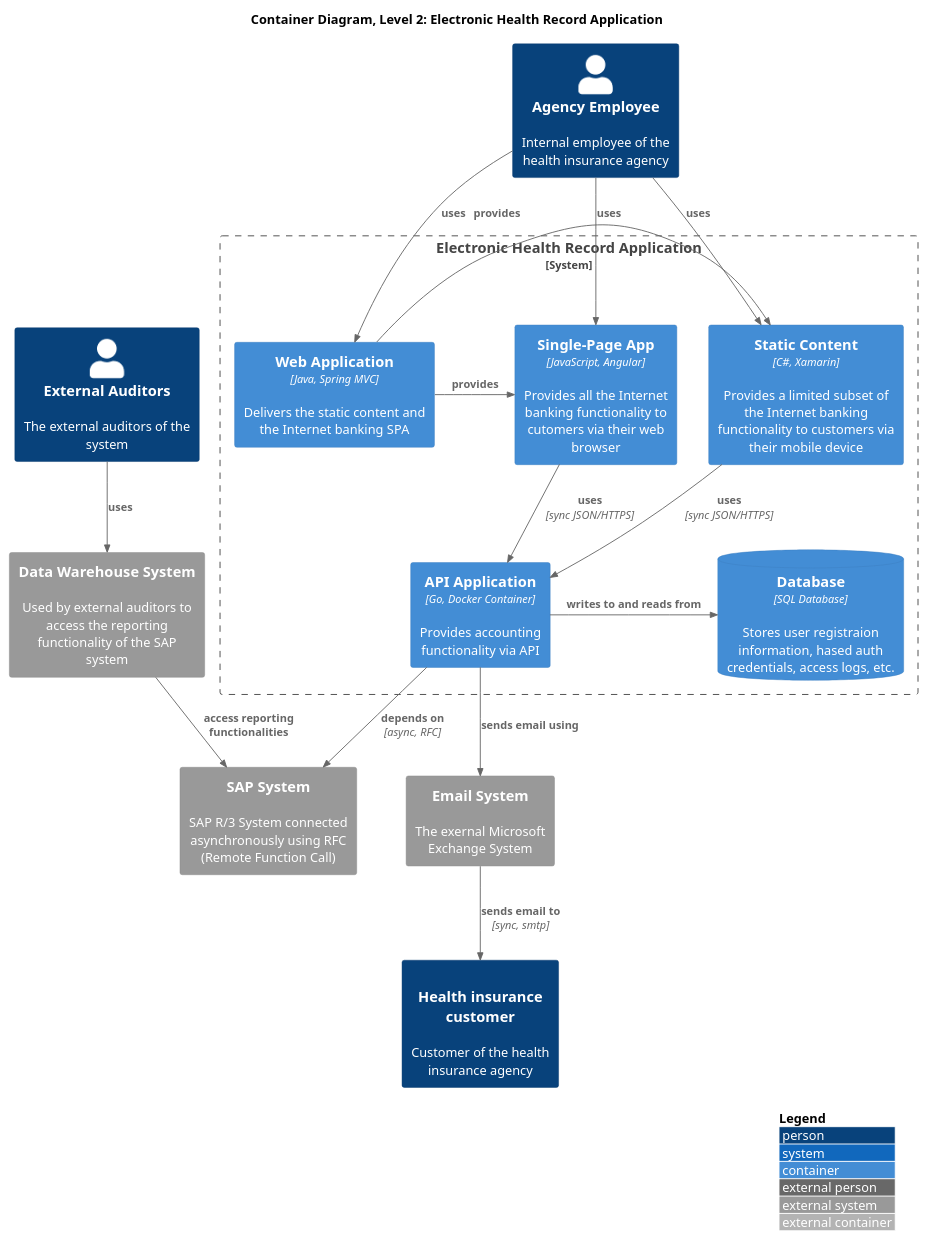
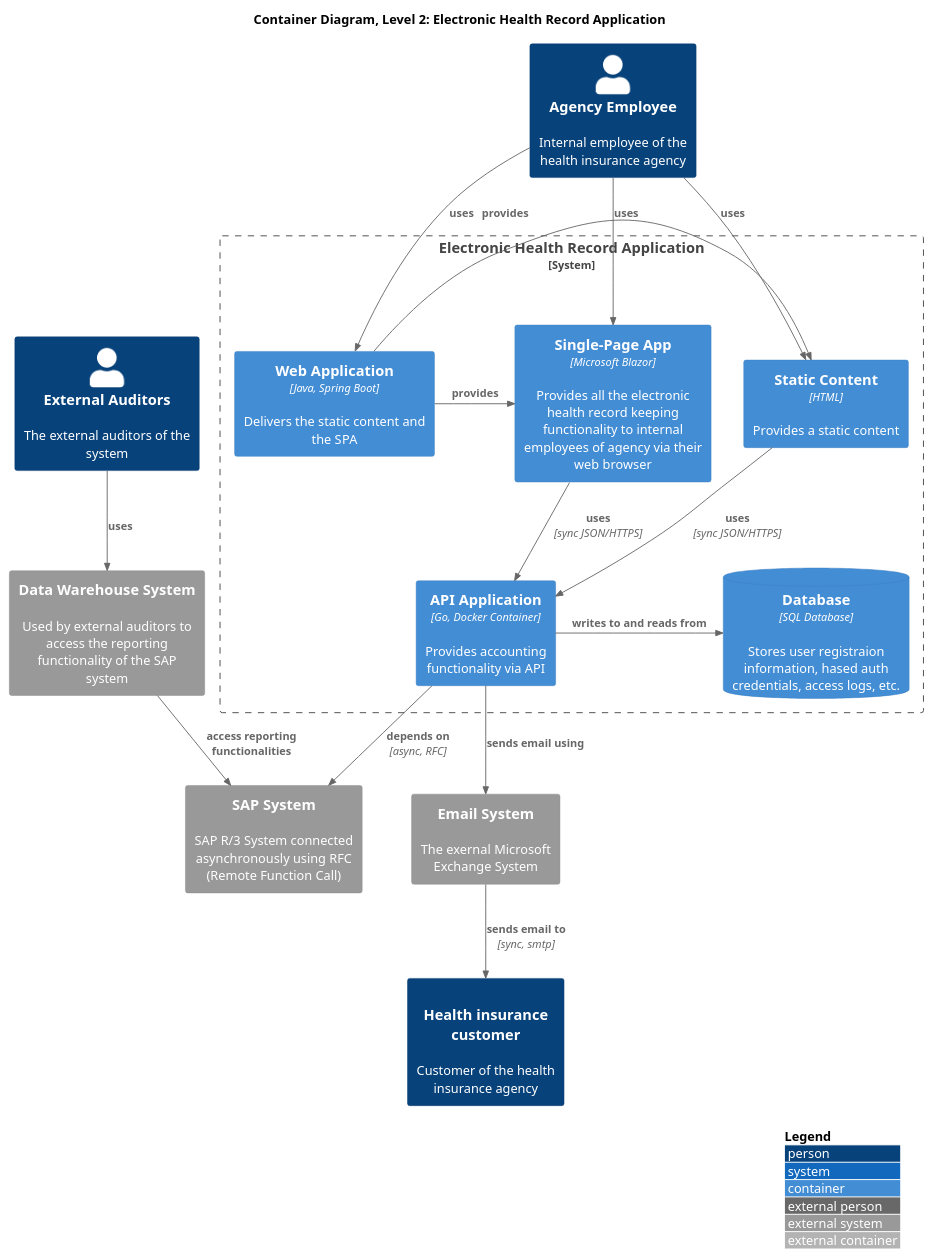
The diagram in level-2_container.puml (patricpoba/msem-sw.arch-c4-model-assignment), drawn with PlantUML before and after one commit. The commit also changed 1 other file, not shown here.

Commit message:
make changes to level 2 diagram

```diff
--- a/level-2_container.puml
+++ b/level-2_container.puml
@@ -1,47 +1,47 @@
 @startuml 
 !include https://raw.githubusercontent.com/plantuml-stdlib/C4-PlantUML/master/C4_Container.puml
 
 LAYOUT_WITH_LEGEND()
 
 title Container Diagram, Level 2: Electronic Health Record Application
 
 Person(employee, "Agency Employee", "Internal employee of the health insurance agency")
 Person(customer, "Health insurance customer", "Customer of the health insurance agency", "user")
 Person(auditor, "External Auditors", "The external auditors of the system")
 
 System_Boundary(c1, "Electronic Health Record Application") { 
      
-    Container(webApp, "Web Application", "Java, Spring MVC", "Delivers the static content and the Internet banking SPA")
-    Container(spa, "Single-Page App", "JavaScript, Angular", "Provides all the Internet banking functionality to cutomers via their web browser")
-    Container(staticContent, "Static Content", "C#, Xamarin", "Provides a limited subset of the Internet banking functionality to customers via their mobile device")
+    Container(webApp, "Web Application", "Java, Spring Boot", "Delivers the static content and the SPA")
+    Container(spa, "Single-Page App", "Microsoft Blazor", "Provides all the electronic health record keeping functionality to internal employees of agency via their web browser")
+    Container(staticContent, "Static Content", "HTML", "Provides a static content")
     ContainerDb(database, "Database", "SQL Database", "Stores user registraion information, hased auth credentials, access logs, etc.")
-    Container(backend_api, "API Application", "Go, Docker Container", "Provides accounting functionality via API")
+    Container(apiServer, "API Application", "Go, Docker Container", "Provides accounting functionality via API")
 }
 
 ' System(apiServer, "Api Application", "Provides the overall accounting functionality by providing a synchronous JSON/HTTPS based API")
 
 System_Ext(emailSystem, "Email System", "The exernal Microsoft Exchange System")
 System_Ext(dataWHS, "Data Warehouse System", "Used by external auditors to access the reporting functionality of the SAP system")
 System_Ext(sapSystem, "SAP System", "SAP R/3 System connected asynchronously using RFC (Remote Function Call)")
-' System_Ext(banking_system, "Mainframe Banking System", "Stores all of the core banking information about customers, accounts, transactions, etc.")
+
 
 
 Rel(employee, webApp, "uses") 
 Rel(employee, staticContent, "uses") 
 Rel(employee, spa, "uses") 
 
 Rel_Neighbor(webApp, spa, "provides")  
 Rel_Neighbor(webApp, staticContent, "provides")  
 
-Rel(spa, backend_api, "uses", "sync JSON/HTTPS")
-Rel(staticContent, backend_api, "uses", "sync JSON/HTTPS")
+Rel(spa, apiServer, "uses", "sync JSON/HTTPS")
+Rel(staticContent, apiServer, "uses", "sync JSON/HTTPS")
 
-Rel_Neighbor(backend_api, database, "writes to and reads from")
+Rel_Neighbor(apiServer, database, "writes to and reads from")
 Rel(dataWHS, sapSystem, "access reporting functionalities") 
 Rel(auditor, dataWHS, "uses")
 Rel(emailSystem, customer, "sends email to", "sync, smtp")
 
-Rel(backend_api, emailSystem, "sends email using")
-Rel(backend_api, sapSystem, "depends on", "async, RFC")
+Rel(apiServer, emailSystem, "sends email using")
+Rel(apiServer, sapSystem, "depends on", "async, RFC")
  
 @enduml
```
